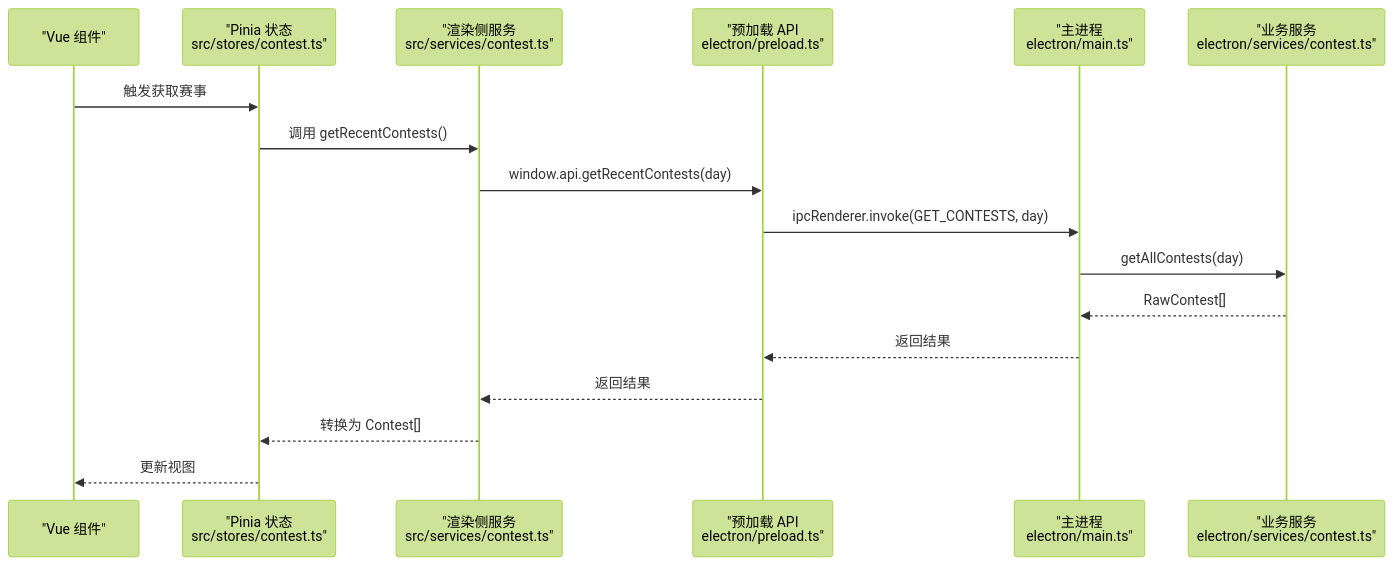
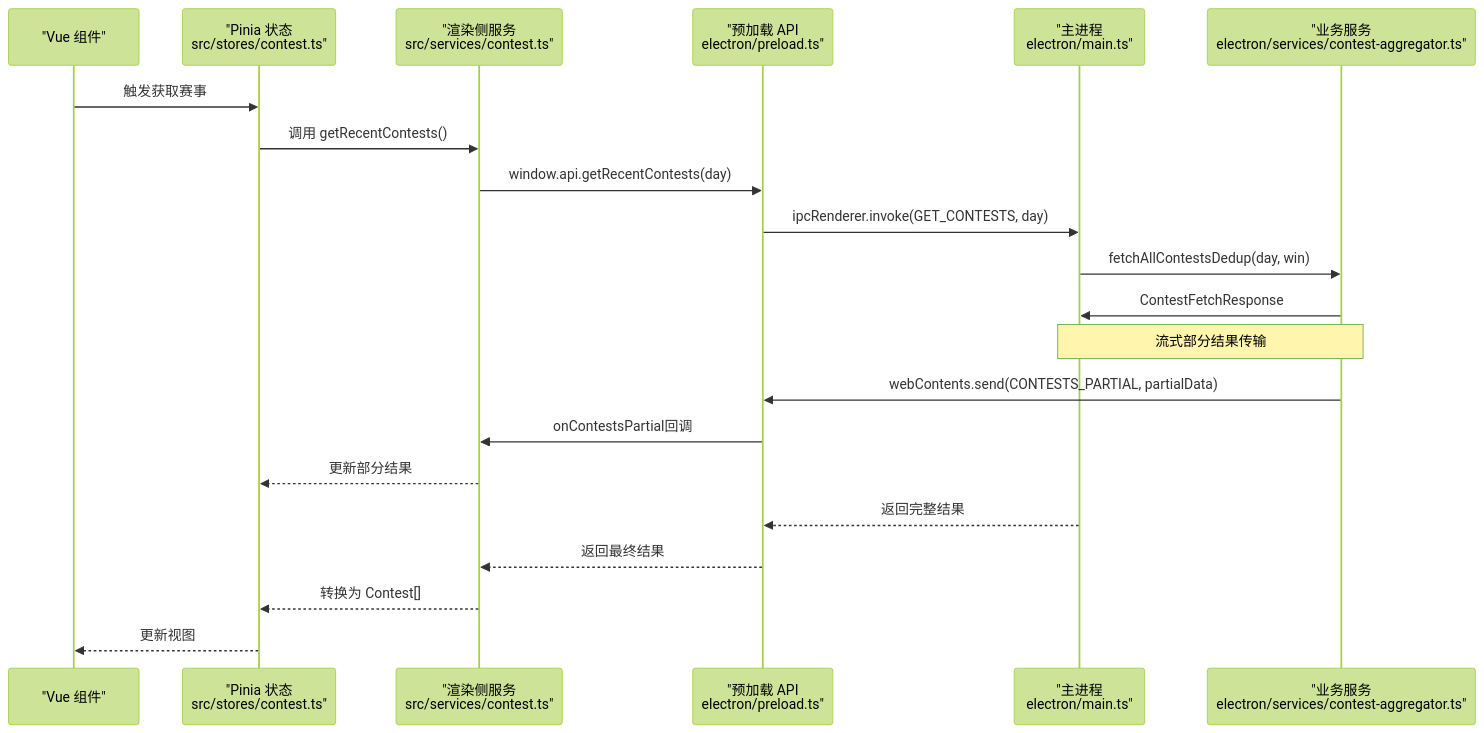
Before and after one commit to Siborne/OJFlow: the second of 3 diagrams in .qoder/repowiki/zh/content/架构设计/IPC通信机制.md, drawn with Mermaid (forest theme). The commit also changed other lines of this file and 23 other files, not shown here.

````diff
--- a/.qoder/repowiki/zh/content/架构设计/IPC通信机制.md
+++ b/.qoder/repowiki/zh/content/架构设计/IPC通信机制.md
@@ -117,19 +137,23 @@
 ```mermaid
 sequenceDiagram
 participant View as "Vue 组件"
 participant Store as "Pinia 状态<br/>src/stores/contest.ts"
 participant RndSvc as "渲染侧服务<br/>src/services/contest.ts"
 participant Preload as "预加载 API<br/>electron/preload.ts"
 participant Main as "主进程<br/>electron/main.ts"
-participant Svc as "业务服务<br/>electron/services/contest.ts"
+participant Svc as "业务服务<br/>electron/services/contest-aggregator.ts"
 View->>Store : 触发获取赛事
 Store->>RndSvc : 调用 getRecentContests()
 RndSvc->>Preload : window.api.getRecentContests(day)
 Preload->>Main : ipcRenderer.invoke(GET_CONTESTS, day)
-Main->>Svc : getAllContests(day)
-Svc-->>Main : RawContest[]
-Main-->>Preload : 返回结果
-Preload-->>RndSvc : 返回结果
+Main->>Svc : fetchAllContestsDedup(day, win)
+Svc->>Main : ContestFetchResponse
+Note over Svc,Main : 流式部分结果传输
+Svc->>Preload : webContents.send(CONTESTS_PARTIAL, partialData)
+Preload->>RndSvc : onContestsPartial回调
+RndSvc-->>Store : 更新部分结果
+Main-->>Preload : 返回完整结果
+Preload-->>RndSvc : 返回最终结果
 RndSvc-->>Store : 转换为 Contest[]
 Store-->>View : 更新视图
 ```
````
